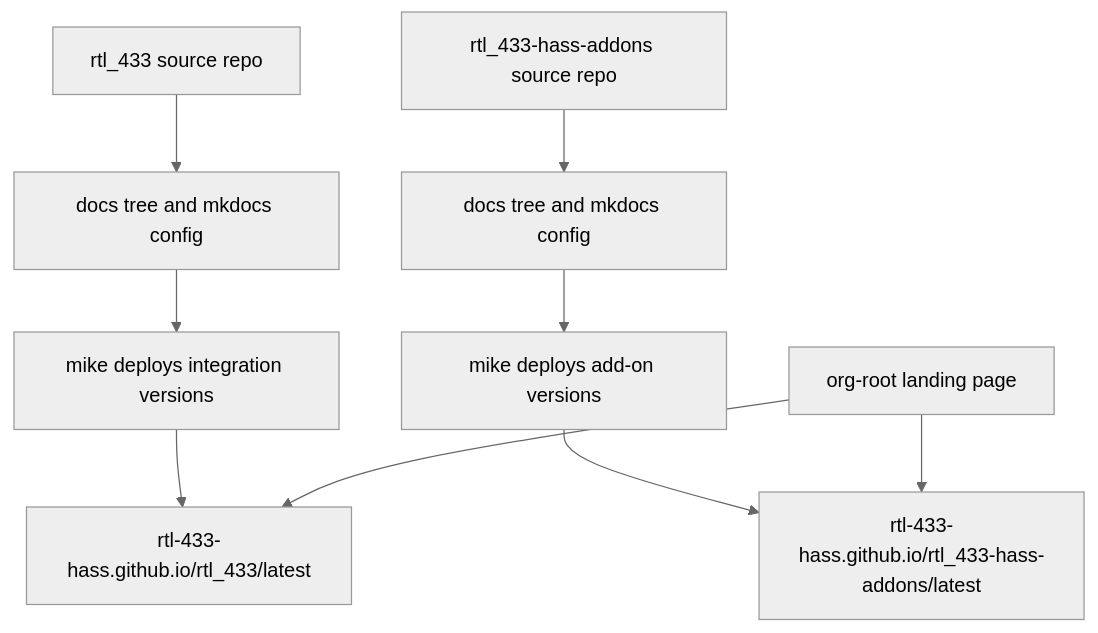
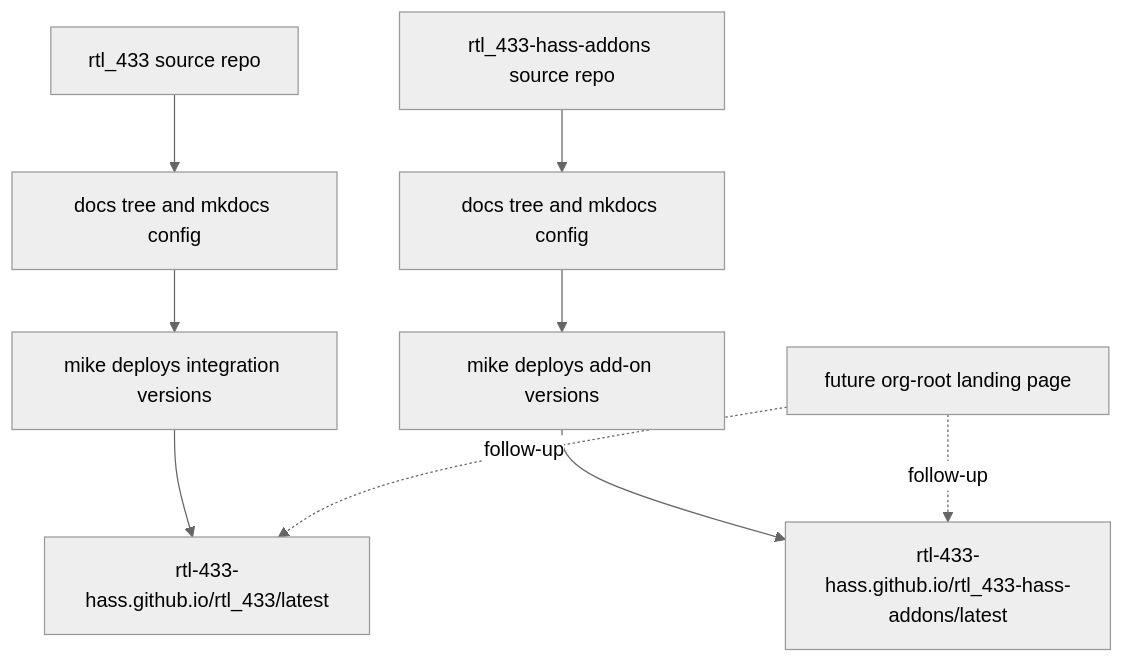
One commit to rtl-433-hass/rtl_433 changed the first of 2 diagrams in .ai/strikethroo/plans/23--versioned-documentation-sites/plan-23--versioned-documentation-sites.md. Above: the diagram before and after it, drawn with Mermaid (neutral theme). The commit also changed other lines of this file and 21 other files, not shown here.

````diff
--- a/.ai/strikethroo/plans/23--versioned-documentation-sites/plan-23--versioned-documentation-sites.md
+++ b/.ai/strikethroo/plans/23--versioned-documentation-sites/plan-23--versioned-documentation-sites.md
@@ -51,11 +57,11 @@
 ```mermaid
 flowchart TD
     A[rtl_433 source repo] --> B[docs tree and mkdocs config]
     B --> C[mike deploys integration versions]
     C --> D[rtl-433-hass.github.io/rtl_433/latest]
     E[rtl_433-hass-addons source repo] --> F[docs tree and mkdocs config]
     F --> G[mike deploys add-on versions]
     G --> H[rtl-433-hass.github.io/rtl_433-hass-addons/latest]
-    I[org-root landing page] --> D
-    I --> H
+    I[future org-root landing page] -. follow-up .-> D
+    I -. follow-up .-> H
 ```
````
